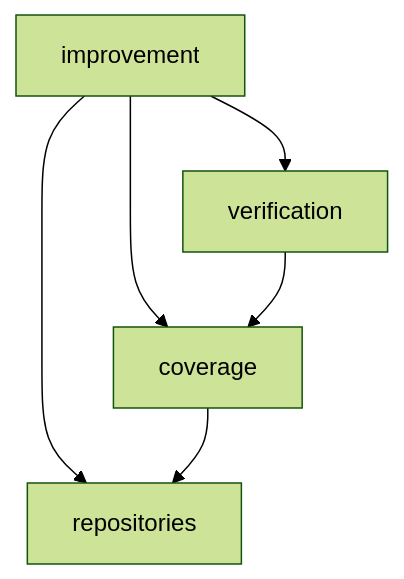
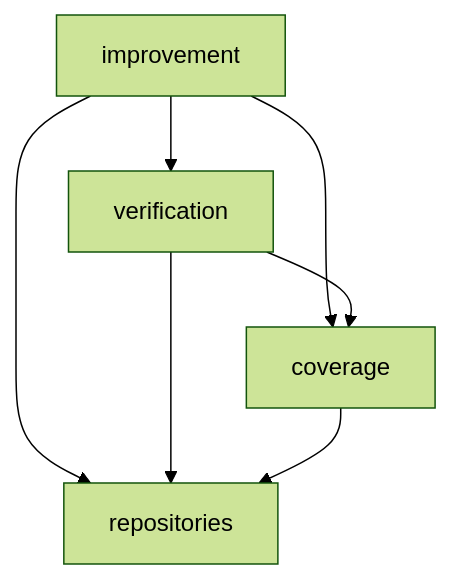
One commit to daitkhev/coverage-autopilot changed the first of 2 diagrams in docs/plan/project-structure.md. Above: the diagram before and after it, drawn with Mermaid (forest theme). The commit also changed other lines of this file and 1 other file, not shown here.

````diff
--- a/docs/plan/project-structure.md
+++ b/docs/plan/project-structure.md
@@ -91,8 +92,9 @@
 ```mermaid
 flowchart TD
     IMP["improvement"] --> VER["verification"]
     IMP --> COV["coverage"]
     IMP --> REPO["repositories"]
     VER --> COV
+    VER --> REPO
     COV --> REPO
 ```
````
